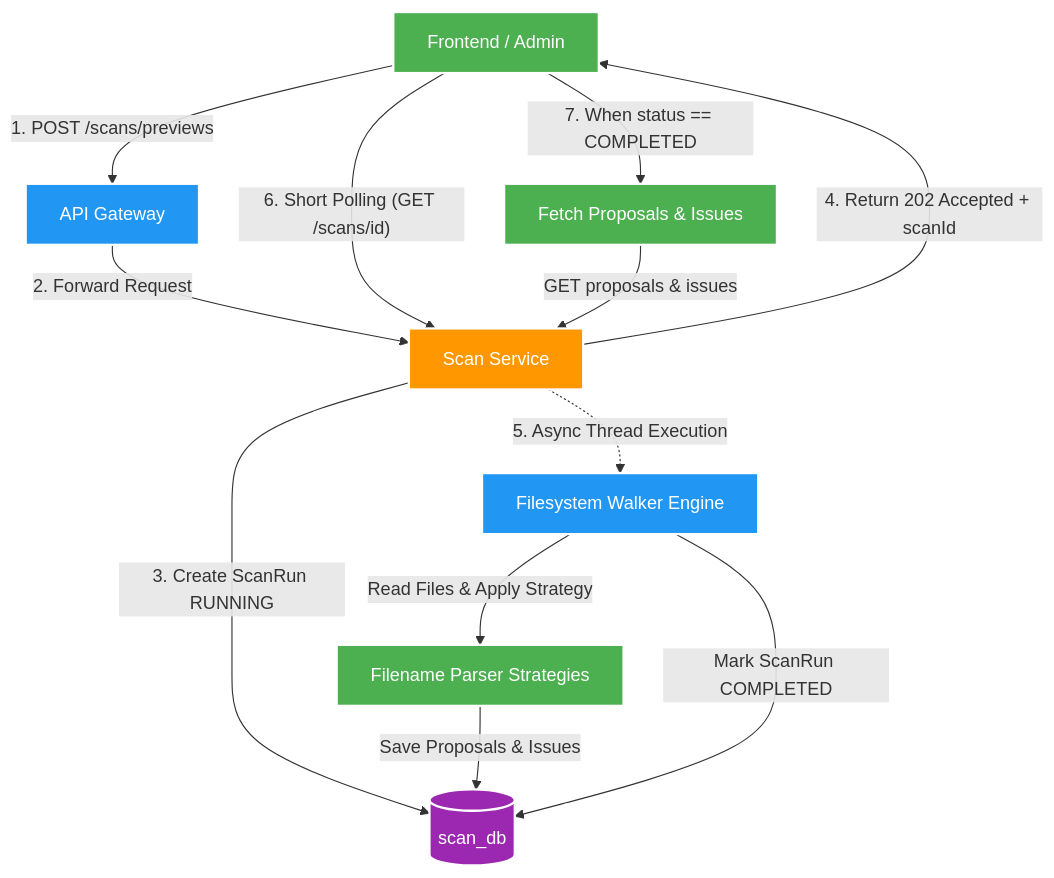
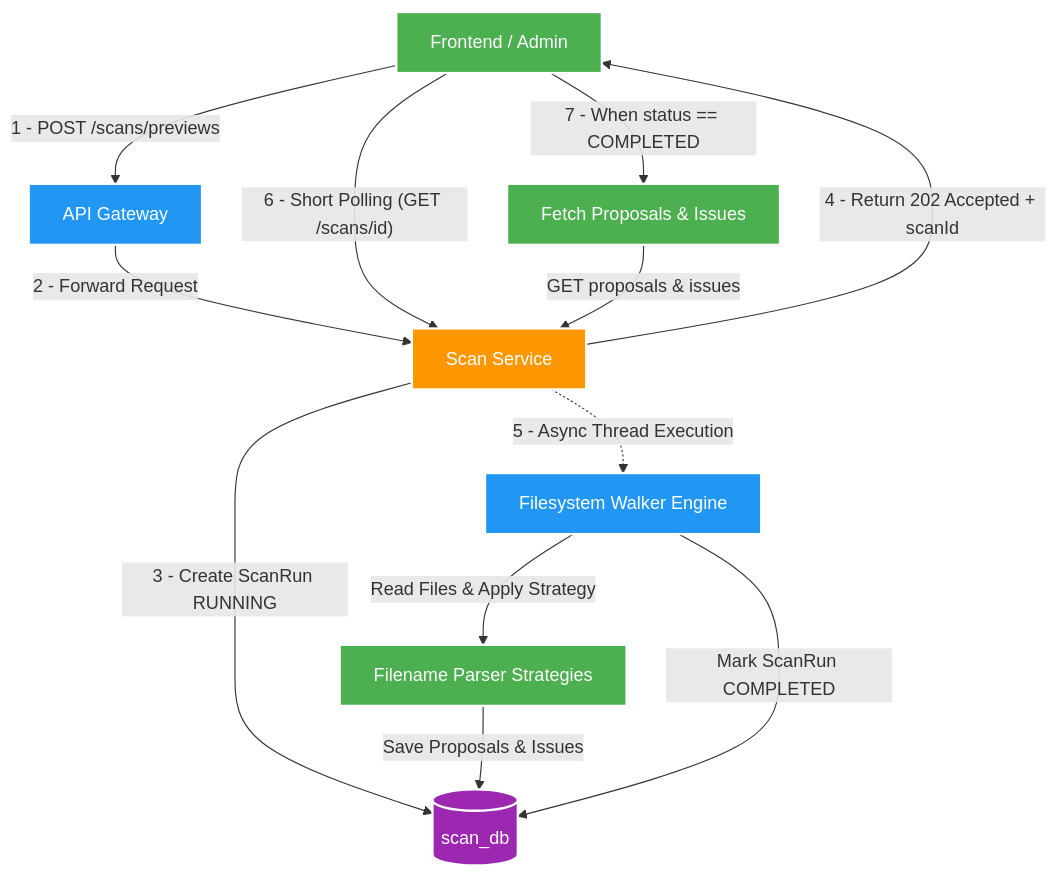
Before and after one commit to HungPhan200591/file-mngt-be-v2: the diagram in manual/learning/deep-dive/scan-service/01-filesystem-preview-engine.md, drawn with Mermaid. The commit also changed 5 other files, not shown here.

Commit message:
docs: add technical documentation for scan-service, outbox pattern, and observability, and implement a mermaid-styling agent skill.

````diff
--- a/manual/learning/deep-dive/scan-service/01-filesystem-preview-engine.md
+++ b/manual/learning/deep-dive/scan-service/01-filesystem-preview-engine.md
@@ -21,26 +21,26 @@
 ```mermaid
 flowchart TB
-    FE["<font color='white'>Frontend / Admin</font>"] -->|"1. POST /scans/previews"| GW["<font color='white'>API Gateway</font>"]
-    GW -->|"2. Forward Request"| SC["<font color='white'>Scan Service</font>"]
+    FE["<font color='white'>Frontend / Admin</font>"] -->|"1 - POST /scans/previews"| GW["<font color='white'>API Gateway</font>"]
+    GW -->|"2 - Forward Request"| SC["<font color='white'>Scan Service</font>"]
     
-    SC -->|"3. Create ScanRun RUNNING"| DB[("<font color='white'>scan_db</font>")]
-    SC -->|"4. Return 202 Accepted + scanId"| FE
+    SC -->|"3 - Create ScanRun RUNNING"| DB[("<font color='white'>scan_db</font>")]
+    SC -->|"4 - Return 202 Accepted + scanId"| FE
     
-    SC -.->|"5. Async Thread Execution"| Walker["<font color='white'>Filesystem Walker Engine</font>"]
+    SC -.->|"5 - Async Thread Execution"| Walker["<font color='white'>Filesystem Walker Engine</font>"]
     Walker -->|"Read Files & Apply Strategy"| Parsers["<font color='white'>Filename Parser Strategies</font>"]
     Parsers -->|"Save Proposals & Issues"| DB
     Walker -->|"Mark ScanRun COMPLETED"| DB
     
-    FE -->|"6. Short Polling (GET /scans/id)"| SC
+    FE -->|"6 - Short Polling (GET /scans/id)"| SC
     
-    FE -->|"7. When status == COMPLETED"| Fetch["<font color='white'>Fetch Proposals & Issues</font>"]
+    FE -->|"7 - When status == COMPLETED"| Fetch["<font color='white'>Fetch Proposals & Issues</font>"]
     Fetch -->|"GET proposals & issues"| SC
 
     style FE fill:#4CAF50,stroke:#fff,stroke-width:2px
     style GW fill:#2196F3,stroke:#fff,stroke-width:2px
     style SC fill:#FF9800,stroke:#fff,stroke-width:2px
     style DB fill:#9C27B0,stroke:#fff,stroke-width:2px
     style Walker fill:#2196F3,stroke:#fff,stroke-width:2px
     style Parsers fill:#4CAF50,stroke:#fff,stroke-width:2px
     style Fetch fill:#4CAF50,stroke:#fff,stroke-width:2px
 ```
````
